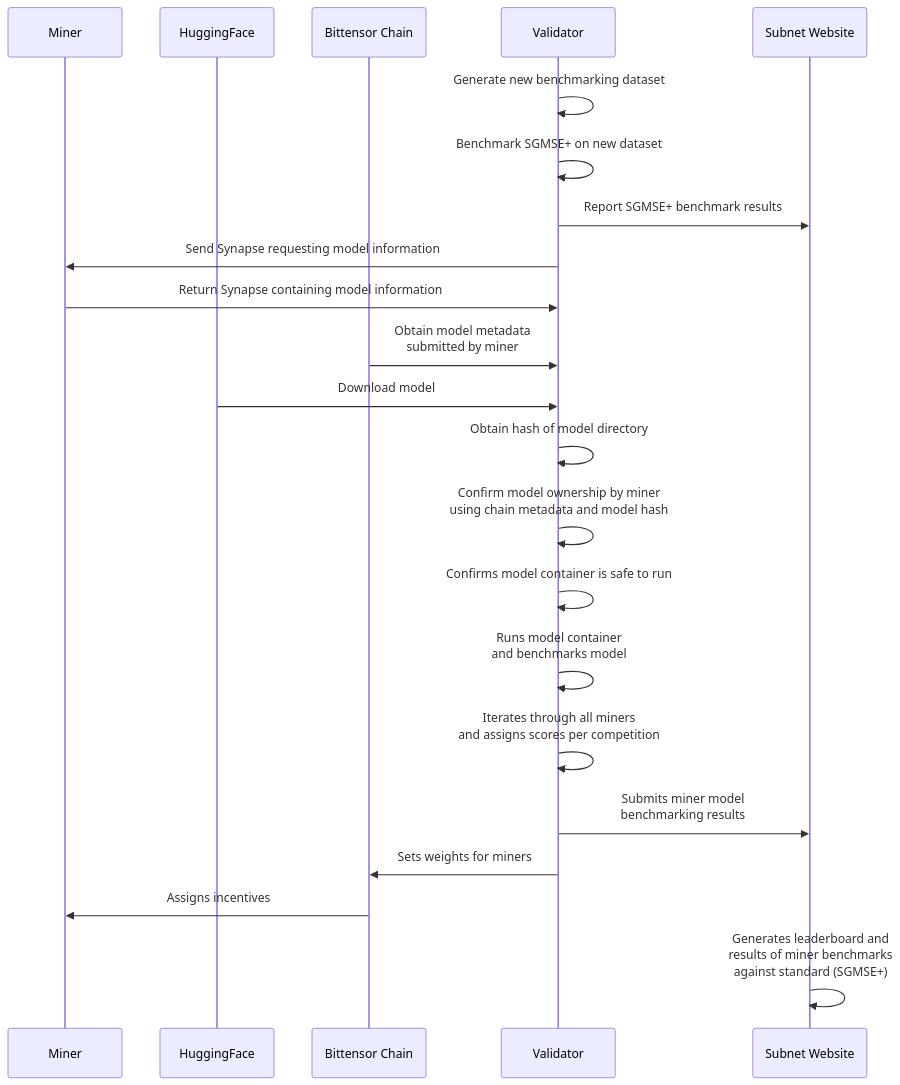
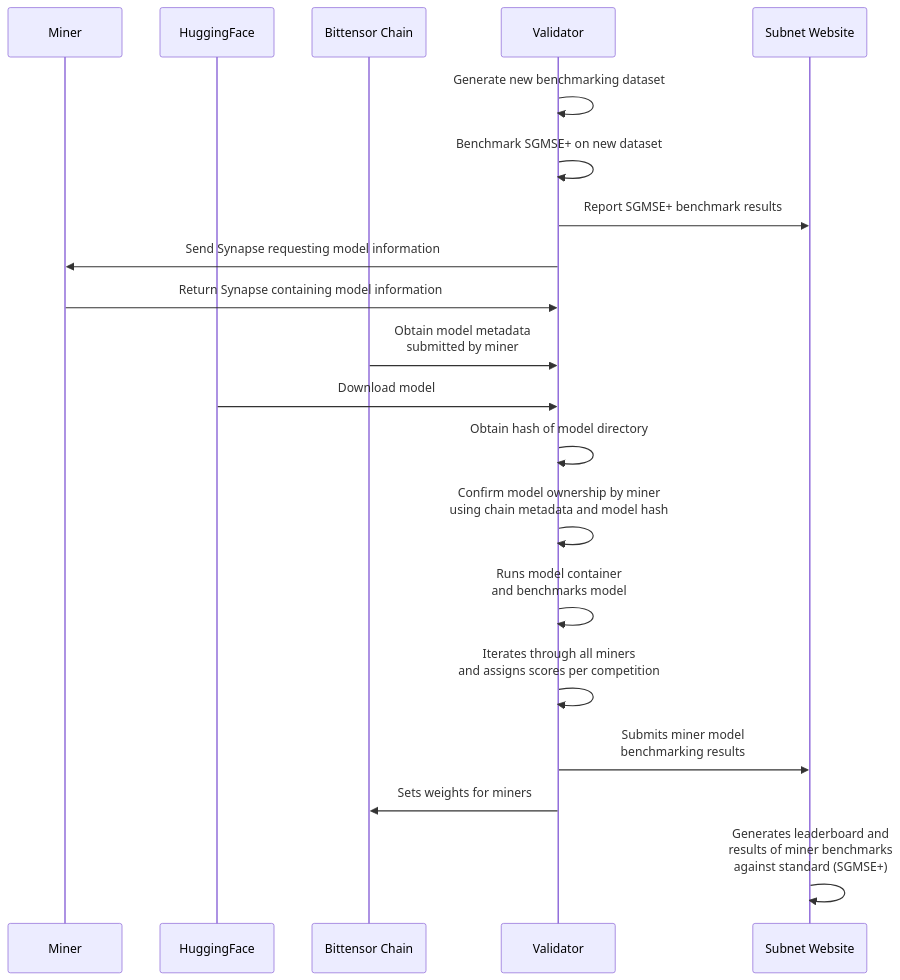
Before and after one commit to synapsec-ai/soundsright-subnet: the diagram in validating/validator_architecture.md, drawn with Mermaid. The commit also changed 3 other files, not shown here.

````diff
--- a/validating/validator_architecture.md
+++ b/validating/validator_architecture.md
@@ -11,25 +11,23 @@
 ```mermaid
 sequenceDiagram
     participant Miner
     participant HuggingFace
     participant Bittensor Chain
     participant Validator
     participant Subnet Website
 
     Validator->>Validator: Generate new benchmarking dataset
     Validator->>Validator: Benchmark SGMSE+ on new dataset
     Validator->>Subnet Website: Report SGMSE+ benchmark results
     Validator->>Miner: Send Synapse requesting model information
     Miner->>Validator: Return Synapse containing model information
     Bittensor Chain->>Validator: Obtain model metadata<br>submitted by miner
     HuggingFace->>Validator: Download model
     Validator->>Validator: Obtain hash of model directory
     Validator->>Validator: Confirm model ownership by miner<br>using chain metadata and model hash
-    Validator->>Validator: Confirms model container is safe to run
     Validator->>Validator: Runs model container<br>and benchmarks model
     Validator->>Validator: Iterates through all miners<br>and assigns scores per competition
     Validator->>Subnet Website: Submits miner model<br>benchmarking results
     Validator->>Bittensor Chain: Sets weights for miners
-    Bittensor Chain->>Miner: Assigns incentives 
     Subnet Website->>Subnet Website: Generates leaderboard and<br>results of miner benchmarks<br>against standard (SGMSE+)
 ```
````
